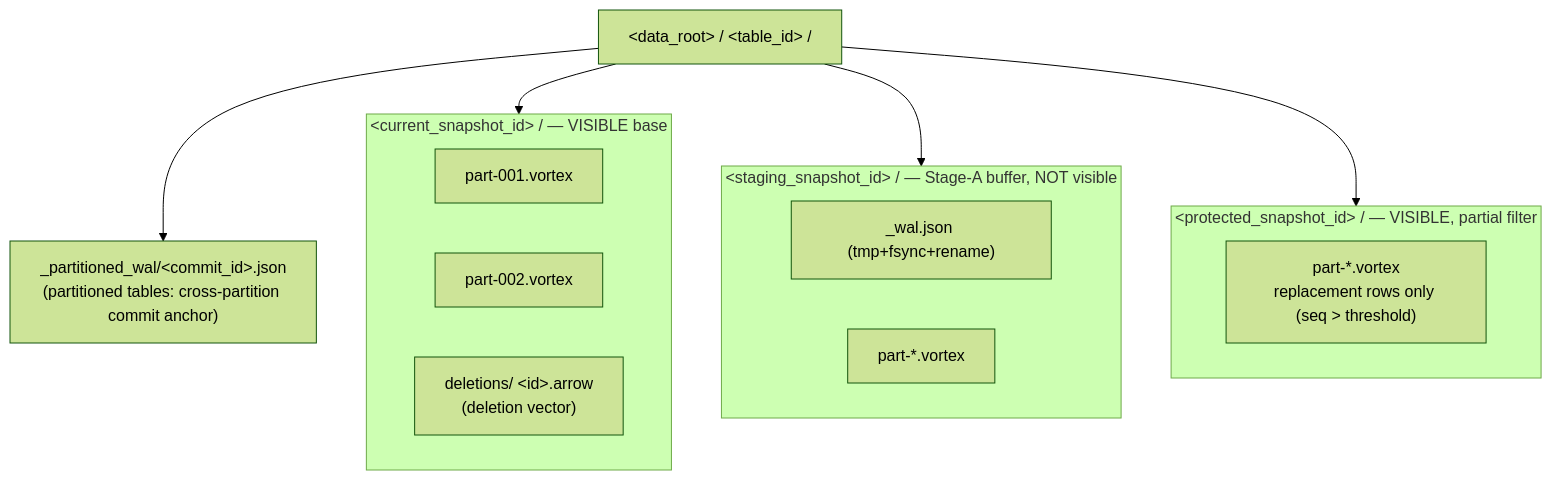
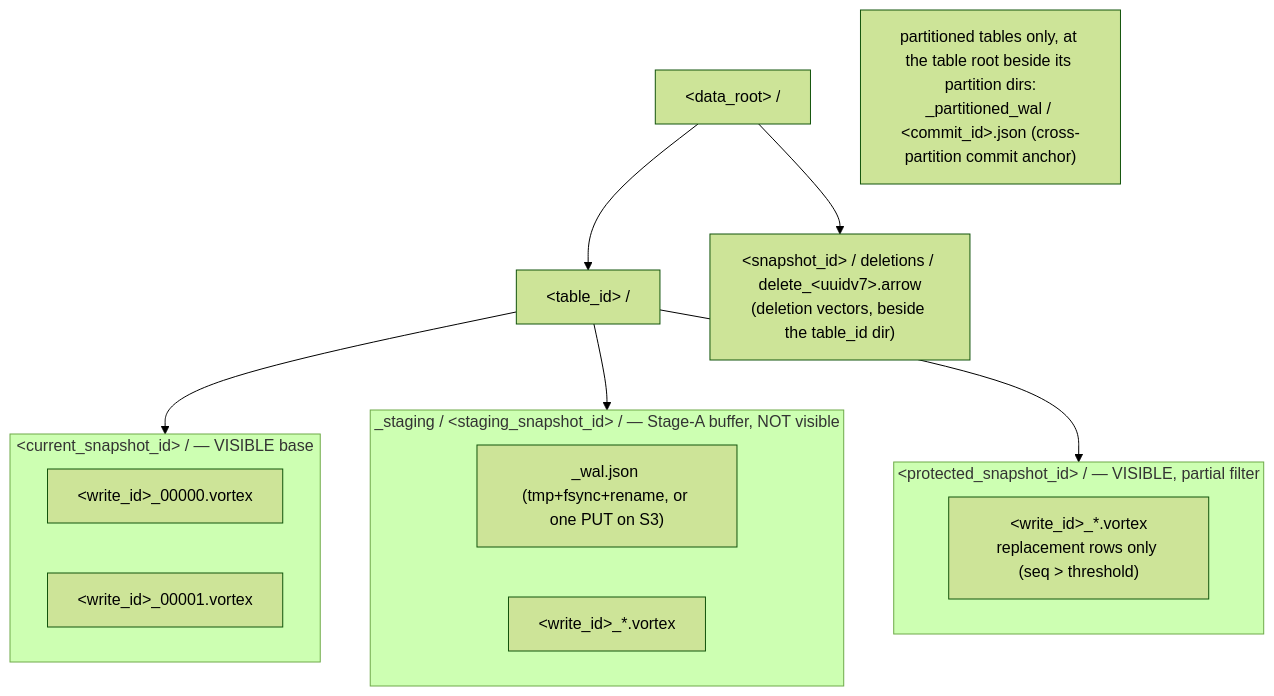
One commit to spiceai/spiceai changed the fifth of 22 diagrams in docs/cayenne/cayenne.md. Above: the diagram before and after it, drawn with Mermaid (forest theme). The commit also changed other lines of this file and 3 other files, not shown here.

````diff
--- a/docs/cayenne/cayenne.md
+++ b/docs/cayenne/cayenne.md
@@ -381,21 +384,22 @@
 ```mermaid
 flowchart TB
-    ROOT["&lt;data_root&gt; / &lt;table_id&gt; /"] --> CUR
+    DROOT["&lt;data_root&gt; /"] --> ROOT
+    DROOT --> DELS
+    ROOT["&lt;table_id&gt; /"] --> CUR
     ROOT --> STG
     ROOT --> PROT
-    ROOT --> PWAL
 
     subgraph CUR["&lt;current_snapshot_id&gt; / — VISIBLE base"]
-        C1["part-001.vortex"]
-        C2["part-002.vortex"]
-        C3["deletions/ &lt;id&gt;.arrow<br/>(deletion vector)"]
+        C1["&lt;write_id&gt;_00000.vortex"]
+        C2["&lt;write_id&gt;_00001.vortex"]
     end
-    subgraph STG["&lt;staging_snapshot_id&gt; / — Stage-A buffer, NOT visible"]
-        S1["_wal.json (tmp+fsync+rename)"]
-        S2["part-*.vortex"]
+    subgraph STG["_staging / &lt;staging_snapshot_id&gt; / — Stage-A buffer, NOT visible"]
+        S1["_wal.json (tmp+fsync+rename, or one PUT on S3)"]
+        S2["&lt;write_id&gt;_*.vortex"]
     end
     subgraph PROT["&lt;protected_snapshot_id&gt; / — VISIBLE, partial filter"]
-        P1["part-*.vortex<br/>replacement rows only (seq &gt; threshold)"]
+        P1["&lt;write_id&gt;_*.vortex<br/>replacement rows only (seq &gt; threshold)"]
     end
-    PWAL["_partitioned_wal/&lt;commit_id&gt;.json<br/>(partitioned tables: cross-partition commit anchor)"]
+    DELS["&lt;snapshot_id&gt; / deletions / delete_&lt;uuidv7&gt;.arrow<br/>(deletion vectors, beside the table_id dir)"]
+    PWAL["partitioned tables only, at the table root beside its partition dirs:<br/>_partitioned_wal / &lt;commit_id&gt;.json (cross-partition commit anchor)"]
 ```
````
